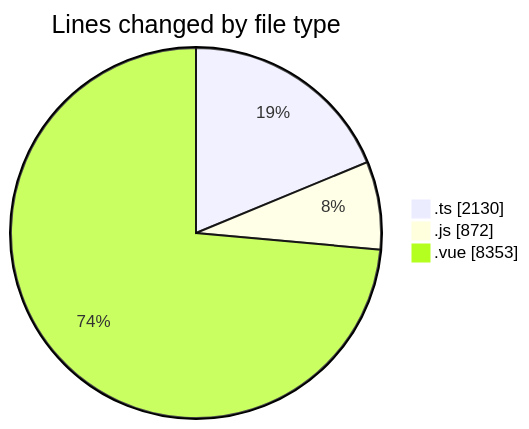
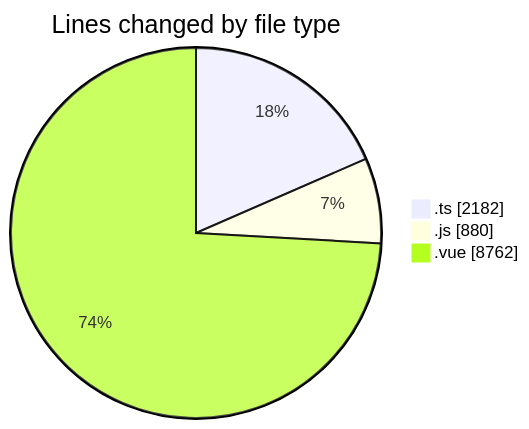
One commit to lephambinh05/code-tracking changed the first of 2 diagrams in 2025-08-16/rentotp/README.md. Above: the diagram before and after it, drawn with Mermaid. The commit also changed other lines of this file and 1 other file, not shown here.

````diff
--- a/2025-08-16/rentotp/README.md
+++ b/2025-08-16/rentotp/README.md
@@ -52,7 +53,7 @@
 ```mermaid
 pie showData
 title Lines changed by file type
-".ts" : 2130
-".js" : 872
-".vue" : 8353
+".ts" : 2182
+".js" : 880
+".vue" : 8762
 ```
````
